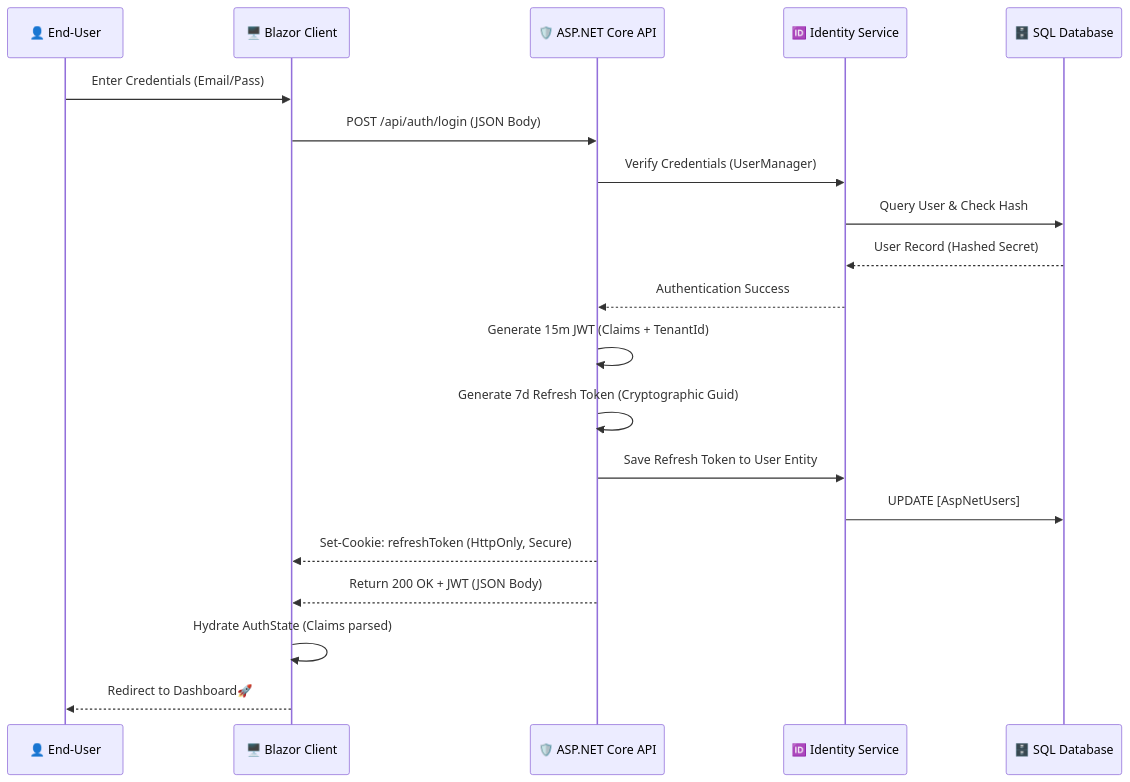
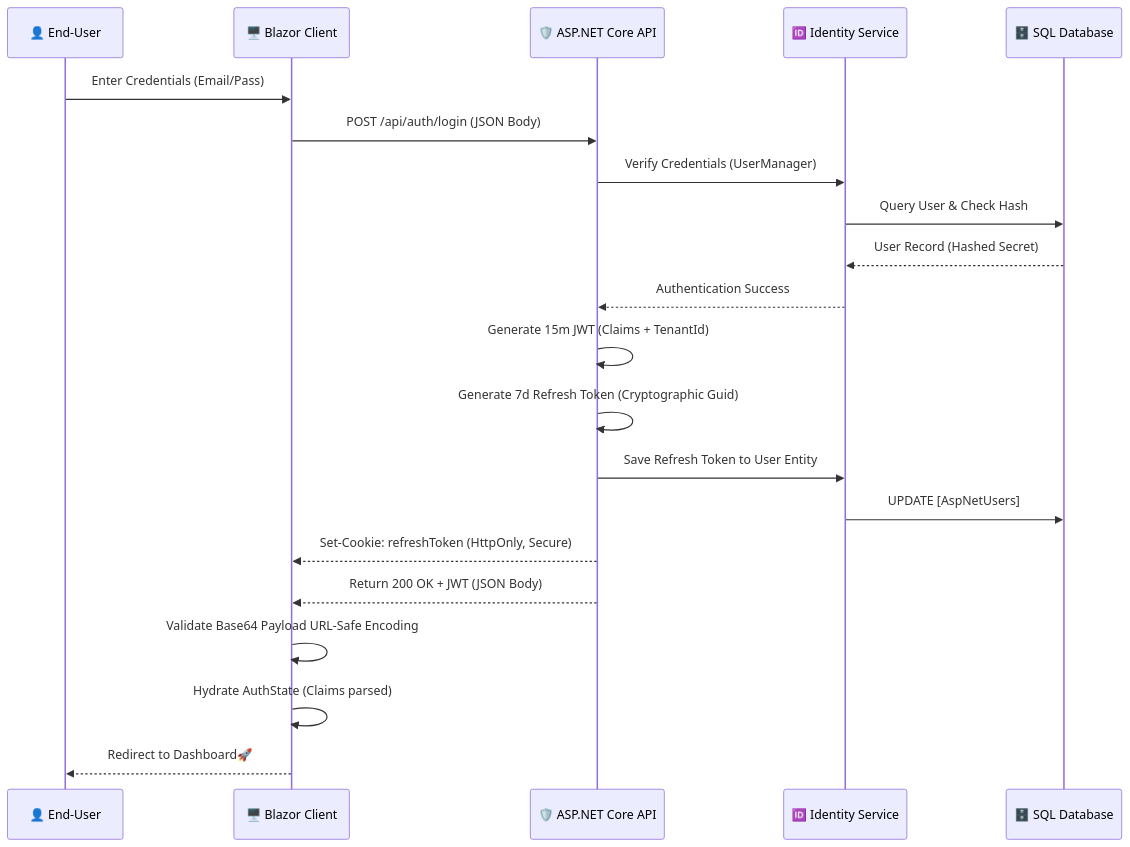
Before and after one commit to KyloReb/FinanceManagementConsole: the diagram in Documentation/authentication_flow.md, drawn with Mermaid. The commit also changed other lines of this file and 34 other files, not shown here.

````diff
--- a/Documentation/authentication_flow.md
+++ b/Documentation/authentication_flow.md
@@ -11,23 +11,24 @@
 ```mermaid
 sequenceDiagram
     participant User as 👤 End-User
     participant Blazor as 🖥️ Blazor Client
     participant API as 🛡️ ASP.NET Core API
     participant Identity as 🆔 Identity Service
     participant DB as 🗄️ SQL Database
 
     User->>Blazor: Enter Credentials (Email/Pass)
     Blazor->>API: POST /api/auth/login (JSON Body)
     API->>Identity: Verify Credentials (UserManager)
     Identity->>DB: Query User & Check Hash
     DB-->>Identity: User Record (Hashed Secret)
     Identity-->>API: Authentication Success
     API->>API: Generate 15m JWT (Claims + TenantId)
     API->>API: Generate 7d Refresh Token (Cryptographic Guid)
     API->>Identity: Save Refresh Token to User Entity
     Identity->>DB: UPDATE [AspNetUsers]
     API-->>Blazor: Set-Cookie: refreshToken (HttpOnly, Secure)
     API-->>Blazor: Return 200 OK + JWT (JSON Body)
+    Blazor->>Blazor: Validate Base64 Payload URL-Safe Encoding
     Blazor->>Blazor: Hydrate AuthState (Claims parsed)
     Blazor-->>User: Redirect to Dashboard🚀
 ```
````
